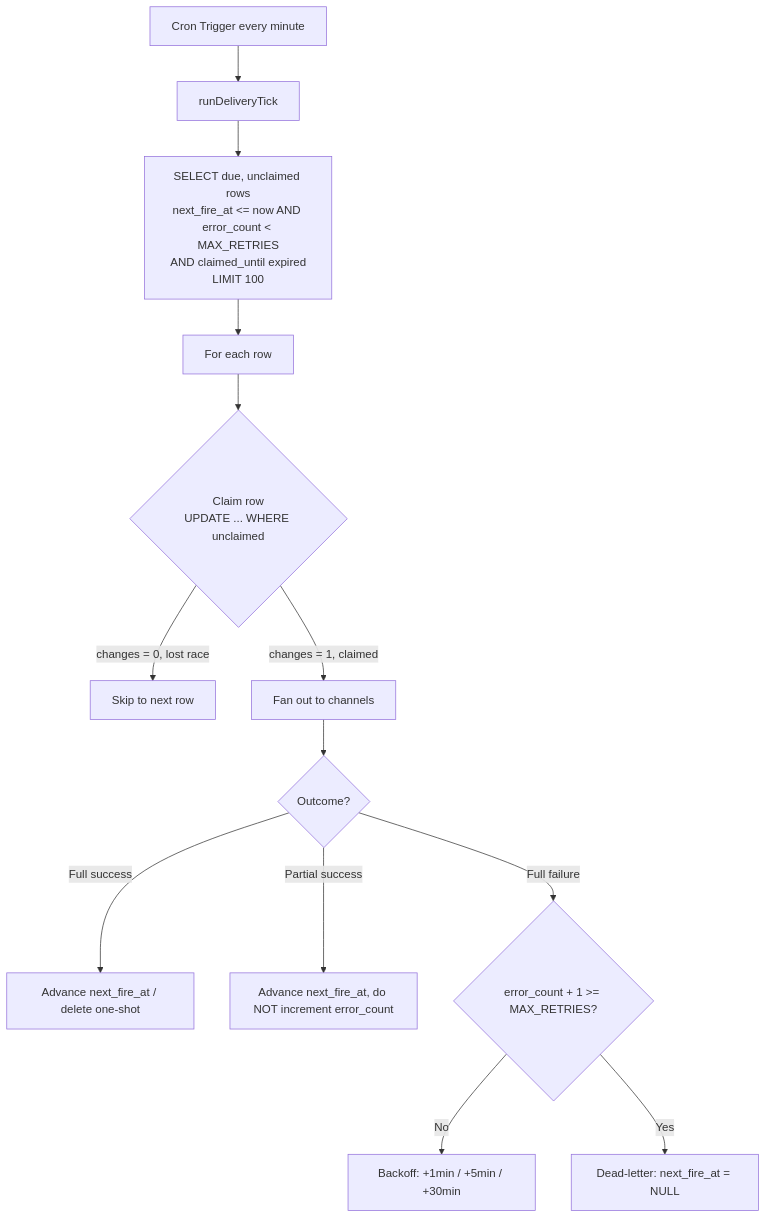
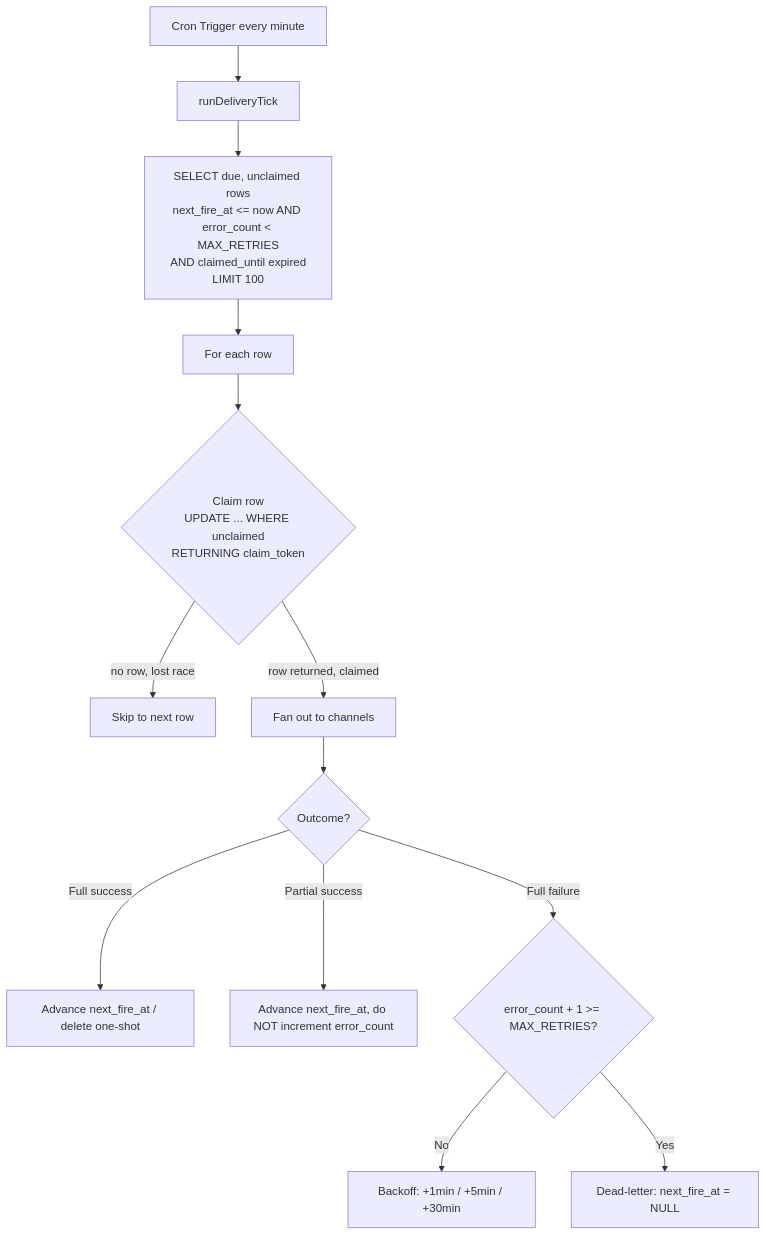
Before and after one commit to Takazudo/zudo-cloudflare-wisdom: the diagram in src/content/docs-ja/recipes/cron-d1-queue.mdx, drawn with Mermaid. The commit also changed other lines of this file and 7 other files, not shown here.

````diff
--- a/src/content/docs-ja/recipes/cron-d1-queue.mdx
+++ b/src/content/docs-ja/recipes/cron-d1-queue.mdx
@@ -13,15 +13,15 @@
 ```mermaid
 graph TB
   Cron[Cron Trigger every minute] --> Tick[runDeliveryTick]
   Tick --> Query["SELECT due, unclaimed rows<br/>next_fire_at &lt;= now AND error_count &lt; MAX_RETRIES<br/>AND claimed_until expired<br/>LIMIT 100"]
   Query --> Loop[For each row]
-  Loop --> Claim{"Claim row<br/>UPDATE ... WHERE unclaimed"}
-  Claim -->|"changes = 0, lost race"| Skip[Skip to next row]
-  Claim -->|"changes = 1, claimed"| Deliver[Fan out to channels]
+  Loop --> Claim{"Claim row<br/>UPDATE ... WHERE unclaimed<br/>RETURNING claim_token"}
+  Claim -->|"no row, lost race"| Skip[Skip to next row]
+  Claim -->|"row returned, claimed"| Deliver[Fan out to channels]
   Deliver --> Success{Outcome?}
   Success -->|Full success| Advance[Advance next_fire_at / delete one-shot]
   Success -->|Partial success| AdvanceNoCount[Advance next_fire_at, do NOT increment error_count]
   Success -->|Full failure| Backoff{error_count + 1 >= MAX_RETRIES?}
   Backoff -->|No| Retry[Backoff: +1min / +5min / +30min]
   Backoff -->|Yes| DeadLetter[Dead-letter: next_fire_at = NULL]
 ```
````
